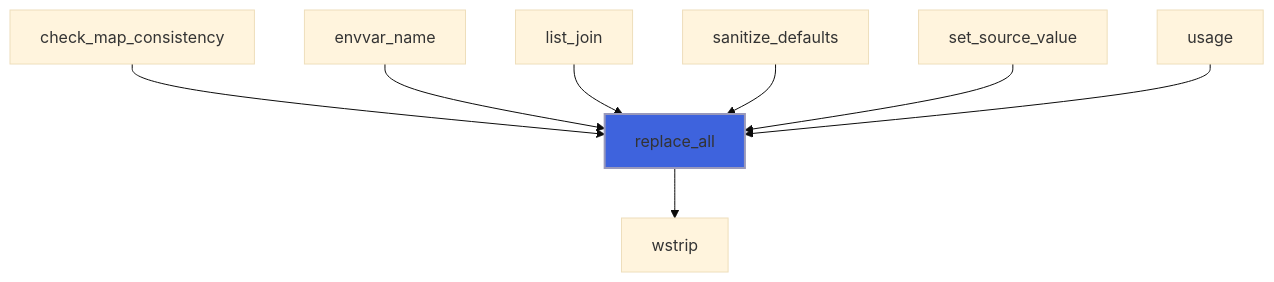
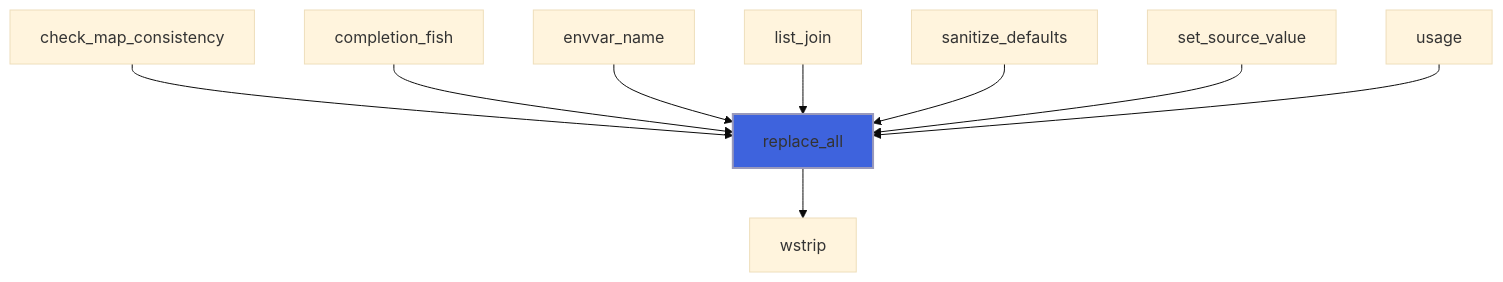
Diagram 12 of 17 in docs/api/src/lib/flap_utils_m.md (szaghi/FLAP), drawn with Mermaid (base theme) before and after one commit. The commit also changed other lines of this file and 12 other files, not shown here.

First line of the commit message:
feat(completion): native fish completion script

````diff
--- a/docs/api/src/lib/flap_utils_m.md
+++ b/docs/api/src/lib/flap_utils_m.md
@@ -442,11 +443,12 @@
 ```mermaid
 flowchart TD
   check_map_consistency["check_map_consistency"] --> replace_all["replace_all"]
+  completion_fish["completion_fish"] --> replace_all["replace_all"]
   envvar_name["envvar_name"] --> replace_all["replace_all"]
   list_join["list_join"] --> replace_all["replace_all"]
   sanitize_defaults["sanitize_defaults"] --> replace_all["replace_all"]
   set_source_value["set_source_value"] --> replace_all["replace_all"]
   usage["usage"] --> replace_all["replace_all"]
   replace_all["replace_all"] --> wstrip["wstrip"]
   style replace_all fill:#3e63dd,stroke:#99b,stroke-width:2px
 ```
````
